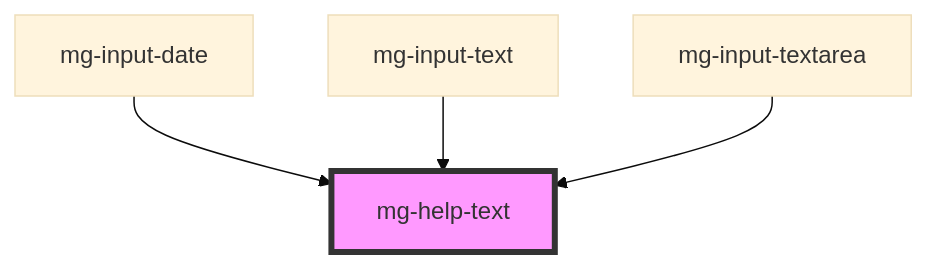
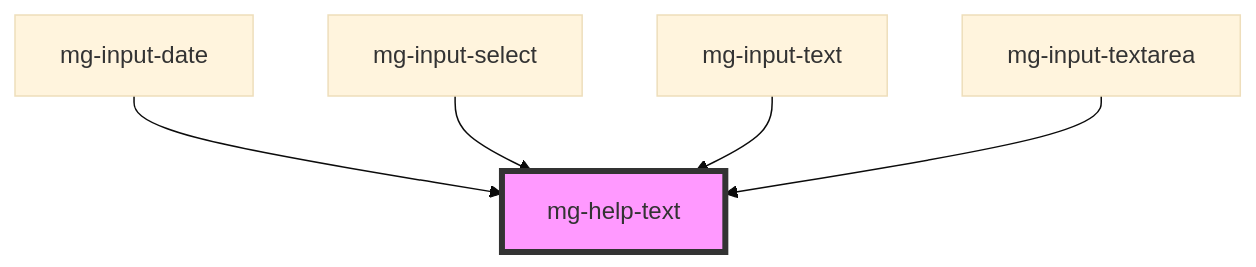
Before and after one commit to MGDIS/mg-components: the diagram in src/components/atoms/mg-help-text/readme.md, drawn with Mermaid (base theme). The commit also changed other lines of this file and 25 other files, not shown here.

First line of the commit message:
feat(input-select): add molecule

````diff
--- a/src/components/atoms/mg-help-text/readme.md
+++ b/src/components/atoms/mg-help-text/readme.md
@@ -24,7 +25,8 @@
 ```mermaid
 graph TD;
   mg-input-date --> mg-help-text
+  mg-input-select --> mg-help-text
   mg-input-text --> mg-help-text
   mg-input-textarea --> mg-help-text
   style mg-help-text fill:#f9f,stroke:#333,stroke-width:4px
 ```
````
